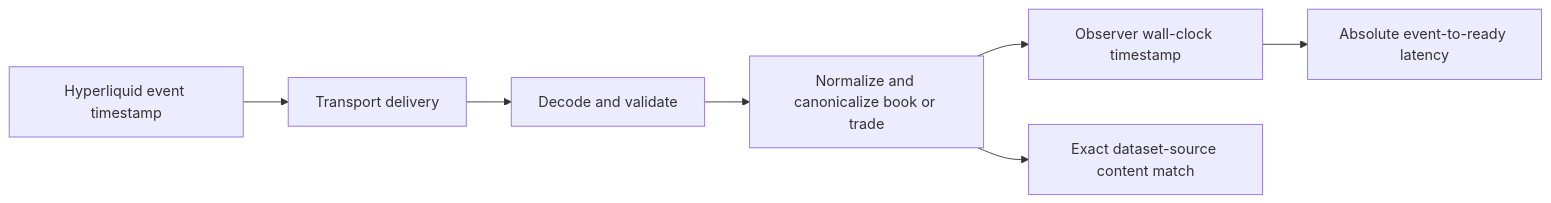
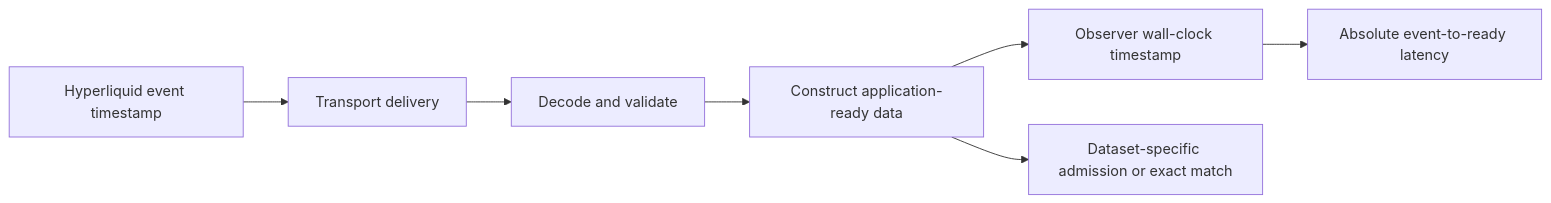
One commit to quiknode-labs/hyperliquid-market-benchmark changed the diagram in docs/METHODOLOGY.md. Above: the diagram before and after it, drawn with Mermaid. The commit also changed other lines of this file and 12 other files, not shown here.

````diff
--- a/docs/METHODOLOGY.md
+++ b/docs/METHODOLOGY.md
@@ -15,9 +20,9 @@
 ```mermaid
 flowchart LR
     E["Hyperliquid event timestamp"] --> T["Transport delivery"]
     T --> D["Decode and validate"]
-    D --> C["Normalize and canonicalize book or trade"]
+    D --> C["Construct application-ready data"]
     C --> R["Observer wall-clock timestamp"]
     R --> L["Absolute event-to-ready latency"]
-    C --> M["Exact dataset-source content match"]
+    C --> M["Dataset-specific admission or exact match"]
 ```
````
